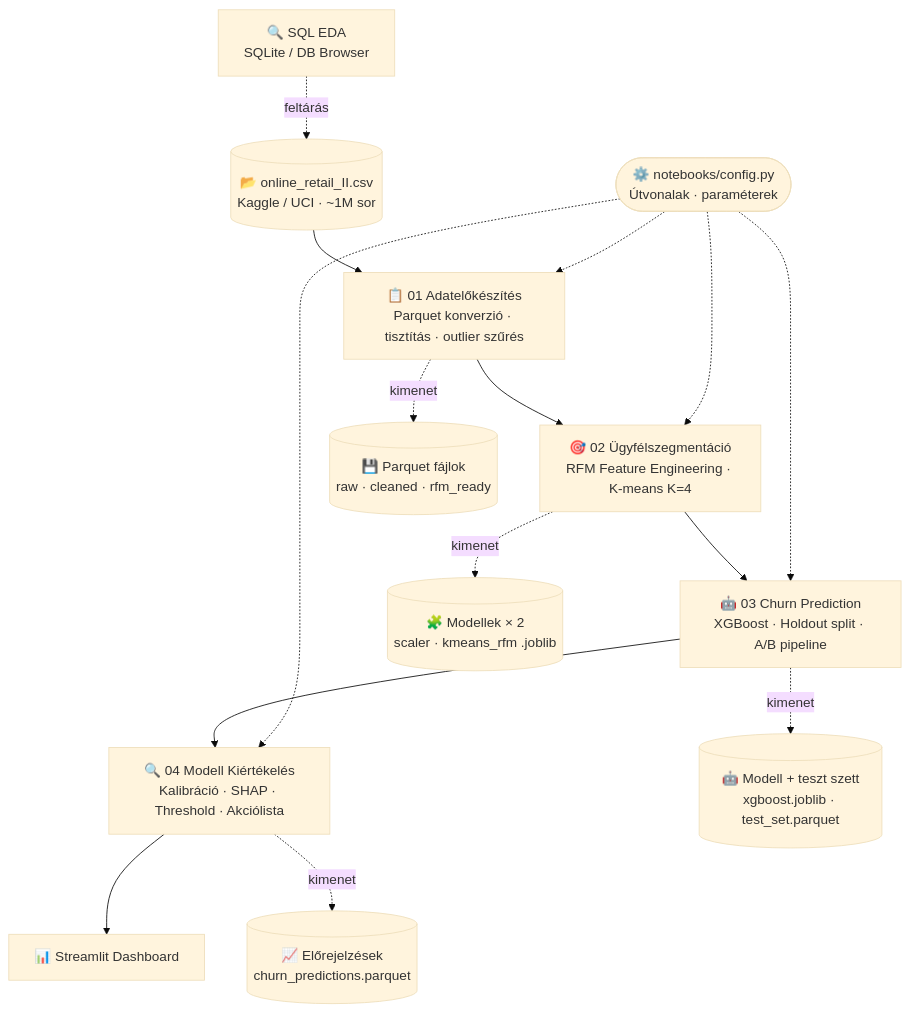
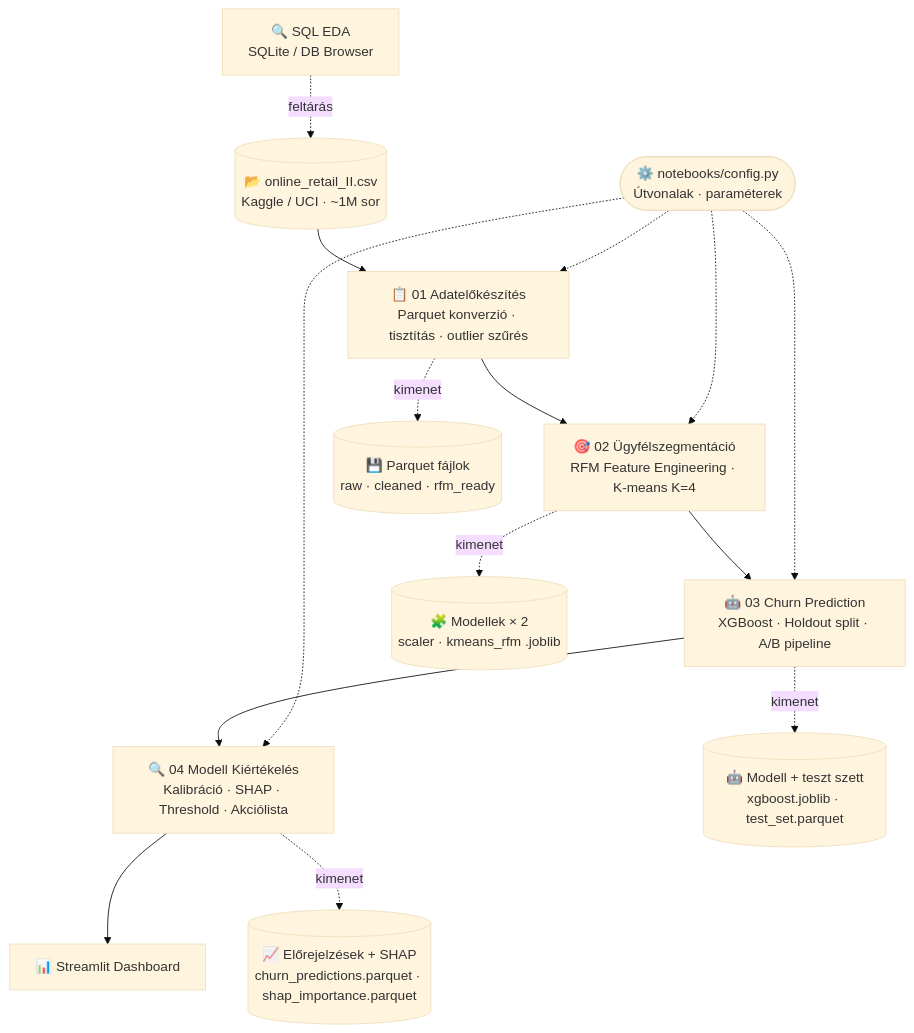
The diagram in README.md (csabatatrai/Ecommerce-Customer-Segmentation), drawn with Mermaid (base theme) before and after one commit. The commit also changed other lines of this file and 8 other files, not shown here.

Commit message:
vezetői streamlit dashboardon shap értékekre javítva a Mi hajtja a churn-t grafikon, új parquet fájl shap_importance.parquet néven, amit a 04-es notebook 14.1-es cellája exportál, ezt használja a vezetői dashboard shap-os része!

````diff
--- a/README.md
+++ b/README.md
@@ -292,26 +293,26 @@
 ```mermaid
 flowchart TD
     CSV[("📂 online_retail_II.csv\nKaggle / UCI · ~1M sor")]
     SQL["🔍 SQL EDA\nSQLite / DB Browser"]
     CFG(["⚙️ notebooks/config.py\nÚtvonalak · paraméterek"])
 
     SQL -.->|feltárás| CSV
     CFG -.-> PREP
     CFG -.-> SEG
     CFG -.-> CHURN
     CFG -.-> EVAL
     CSV --> PREP
 
     PREP["📋 01 Adatelőkészítés\nParquet konverzió · tisztítás · outlier szűrés"]
     SEG["🎯 02 Ügyfélszegmentáció\nRFM Feature Engineering · K-means K=4"]
     CHURN["🤖 03 Churn Prediction\nXGBoost · Holdout split · A/B pipeline"]
     EVAL["🔍 04 Modell Kiértékelés\nKalibráció · SHAP · Threshold · Akciólista"]
     DASH["📊 Streamlit Dashboard"]
 
     PREP --> SEG --> CHURN --> EVAL --> DASH
 
     PREP -.->|kimenet| P1[("💾 Parquet fájlok\nraw · cleaned · rfm_ready")]
     SEG  -.->|kimenet| M1[("🧩 Modellek × 2\nscaler · kmeans_rfm .joblib")]
     CHURN-.->|kimenet| P2[("🤖 Modell + teszt szett\nxgboost.joblib · test_set.parquet")]
-    EVAL -.->|kimenet| P3[("📈 Előrejelzések\nchurn_predictions.parquet")]
+    EVAL -.->|kimenet| P3[("📈 Előrejelzések + SHAP\nchurn_predictions.parquet · shap_importance.parquet")]
 ```
````
